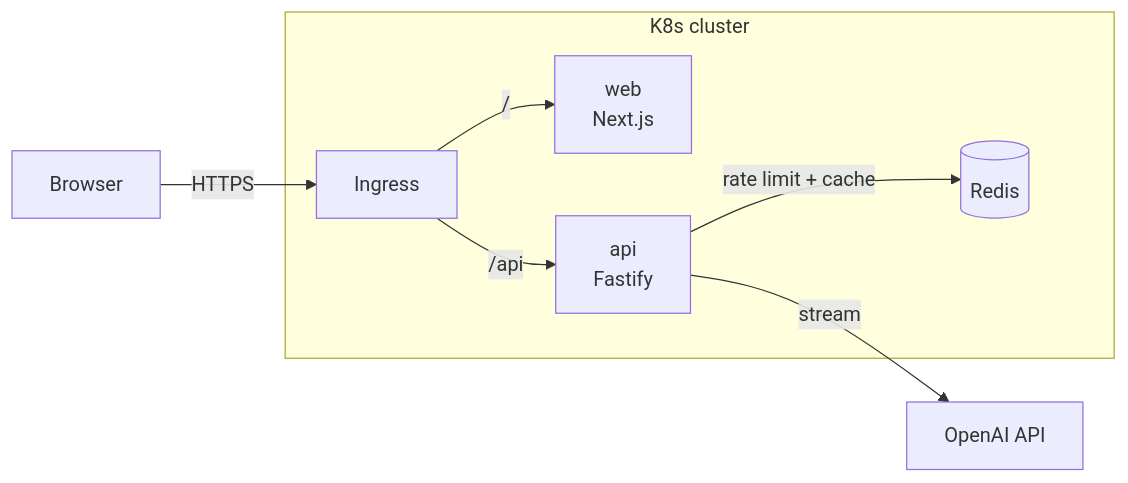
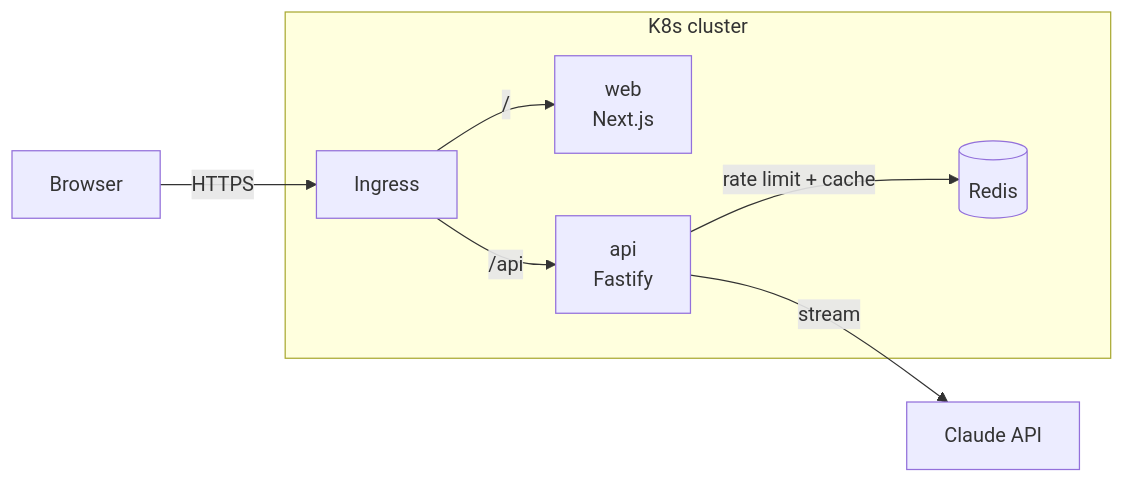
The diagram in README.md (ayooo1/closure-as-a-service), drawn with Mermaid before and after one commit. The commit also changed other lines of this file and 19 other files, not shown here.

````diff
--- a/README.md
+++ b/README.md
@@ -22,14 +22,14 @@
 ```mermaid
 flowchart LR
     U[Browser] -->|HTTPS| I[Ingress]
     I -->|/| W[web<br/>Next.js]
     I -->|/api| A[api<br/>Fastify]
     A -->|rate limit + cache| R[(Redis)]
-    A -->|stream| O[OpenAI API]
+    A -->|stream| O[Claude API]
     subgraph K8s cluster
       I
       W
       A
       R
     end
 ```
````
